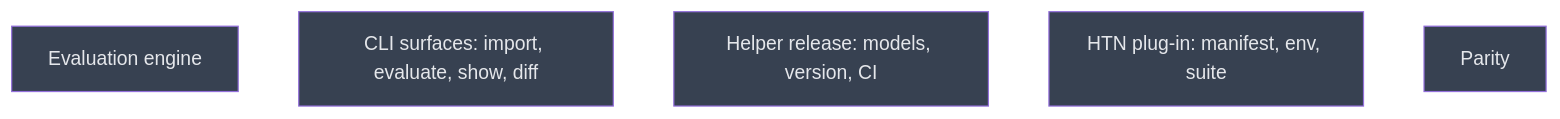
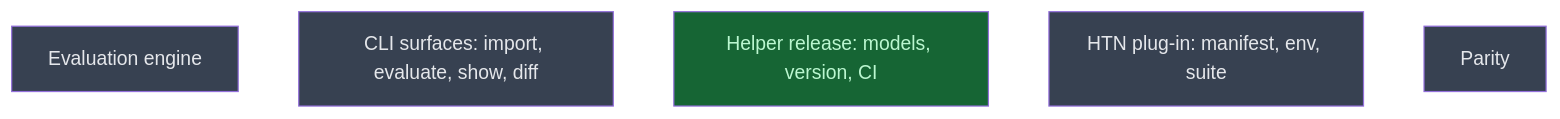
Before and after one commit to CrackingShells/Candler: the diagram in __roadmap__/m2a-evaluation-parity/components/assembly/README.md, drawn with Mermaid. The commit also changed other lines of this file and 3 other files, not shown here.

Commit message:
rdm(evaluation): rule on helper_release, report it, mark it done

````diff
--- a/__roadmap__/m2a-evaluation-parity/components/assembly/README.md
+++ b/__roadmap__/m2a-evaluation-parity/components/assembly/README.md
@@ -21,13 +21,13 @@
 ```mermaid
 graph TD
     engine[Evaluation engine]:::planned
     surfaces[CLI surfaces: import, evaluate, show, diff]:::planned
-    helper_release[Helper release: models, version, CI]:::planned
+    helper_release[Helper release: models, version, CI]:::done
     htn_plugin[HTN plug-in: manifest, env, suite]:::planned
     parity[Parity]:::planned
     classDef done       fill:#166534,color:#bbf7d0
     classDef inprogress fill:#854d0e,color:#fef08a
     classDef planned    fill:#374151,color:#e5e7eb
     classDef amendment  fill:#1e3a5f,color:#bfdbfe
     classDef blocked    fill:#7f1d1d,color:#fecaca
 ```
````
